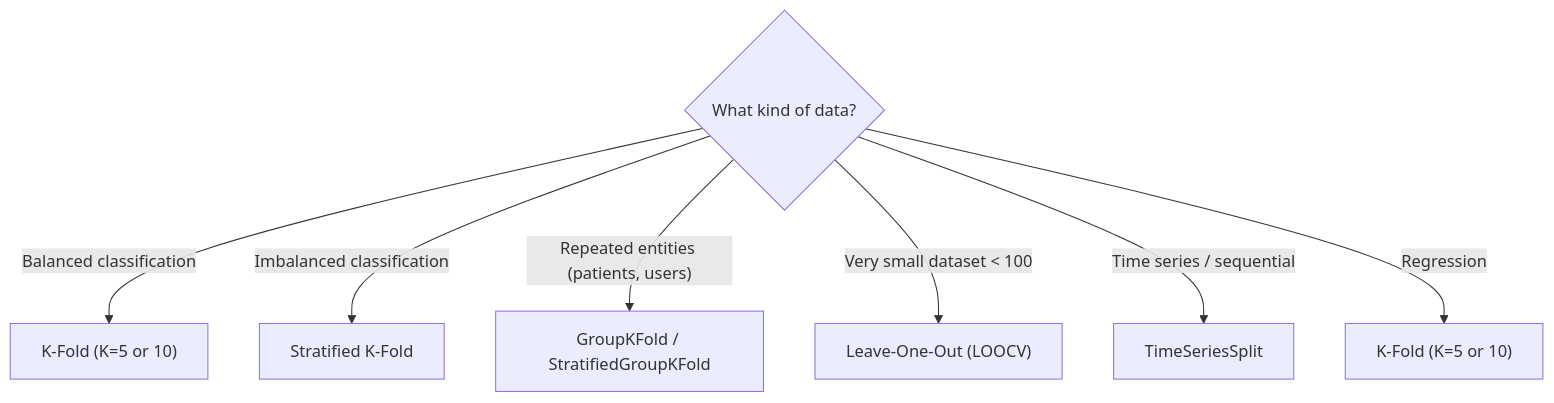
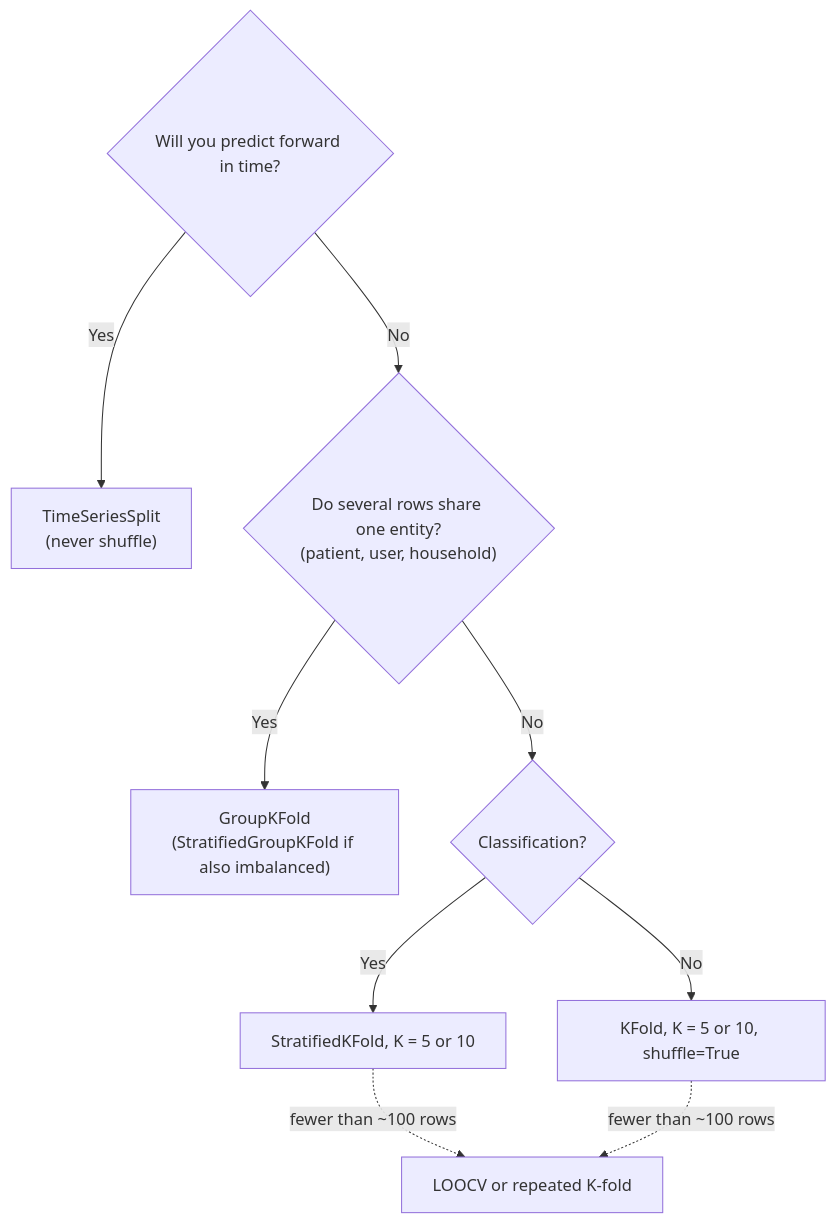
The third of 3 diagrams in content/13_model_evaluation.md (Hmago/ml4), drawn with Mermaid before and after one commit. The commit also changed other lines of this file and 165 other files, not shown here.

````diff
--- a/content/13_model_evaluation.md
+++ b/content/13_model_evaluation.md
@@ -981,9 +1579,11 @@
 ```mermaid
 flowchart TD
-    A{What kind of data?} -->|"Balanced classification"| B["K-Fold (K=5 or 10)"]
-    A -->|"Imbalanced classification"| C["Stratified K-Fold"]
-    A -->|"Repeated entities (patients, users)"| G["GroupKFold / StratifiedGroupKFold"]
-    A -->|"Very small dataset < 100"| D["Leave-One-Out (LOOCV)"]
-    A -->|"Time series / sequential"| E["TimeSeriesSplit"]
-    A -->|"Regression"| F["K-Fold (K=5 or 10)"]
+    A{"Will you predict forward in time?"} -->|Yes| E["TimeSeriesSplit<br/>(never shuffle)"]
+    A -->|No| B{"Do several rows share one entity?<br/>(patient, user, household)"}
+    B -->|Yes| G["GroupKFold<br/>(StratifiedGroupKFold if also imbalanced)"]
+    B -->|No| C{"Classification?"}
+    C -->|Yes| D["StratifiedKFold, K = 5 or 10"]
+    C -->|No| F["KFold, K = 5 or 10, shuffle=True"]
+    D -.->|"fewer than ~100 rows"| L["LOOCV or repeated K-fold"]
+    F -.->|"fewer than ~100 rows"| L
 ```
````
